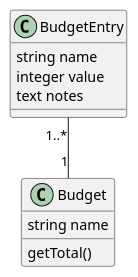
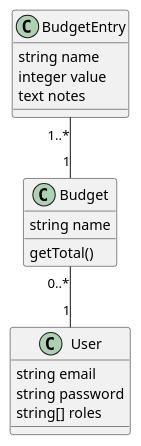
The diagram in docs/Entities.puml (leomoille/SimpleBudget), drawn with PlantUML before and after one commit. The commit also changed 34 other files, not shown here.

```diff
--- a/docs/Entities.puml
+++ b/docs/Entities.puml
@@ -1,19 +1,25 @@
 @startuml
 
 'Property types is Doctrine types
 
 class BudgetEntry {
     string name
     integer value
     text notes
 }
 
 class Budget {
     string name
     getTotal()
 }
 
+class User {
+    string email
+    string password
+    string[] roles
+}
 
 BudgetEntry "1..*" -- "1" Budget
+Budget "0..*" -- "1" User
 
 @enduml
```
